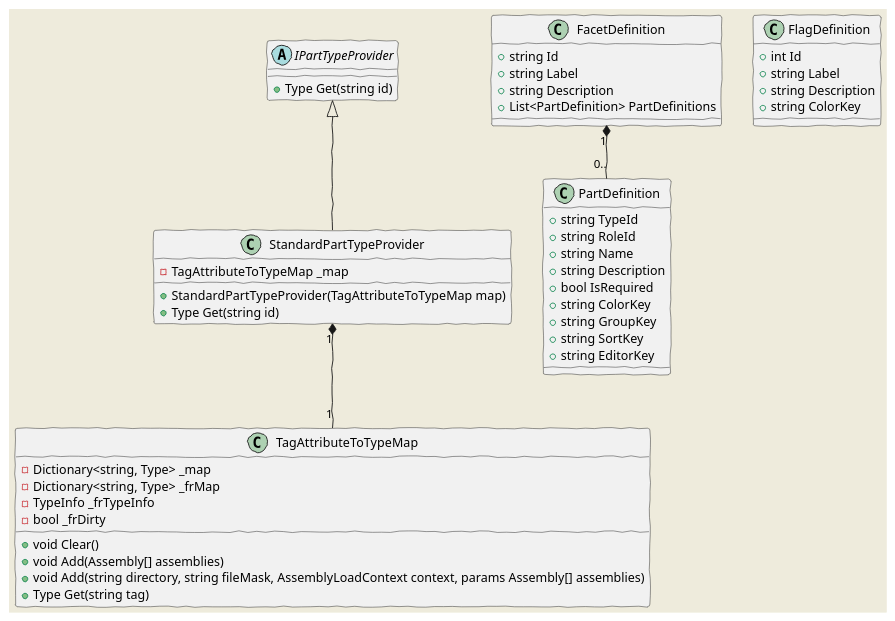
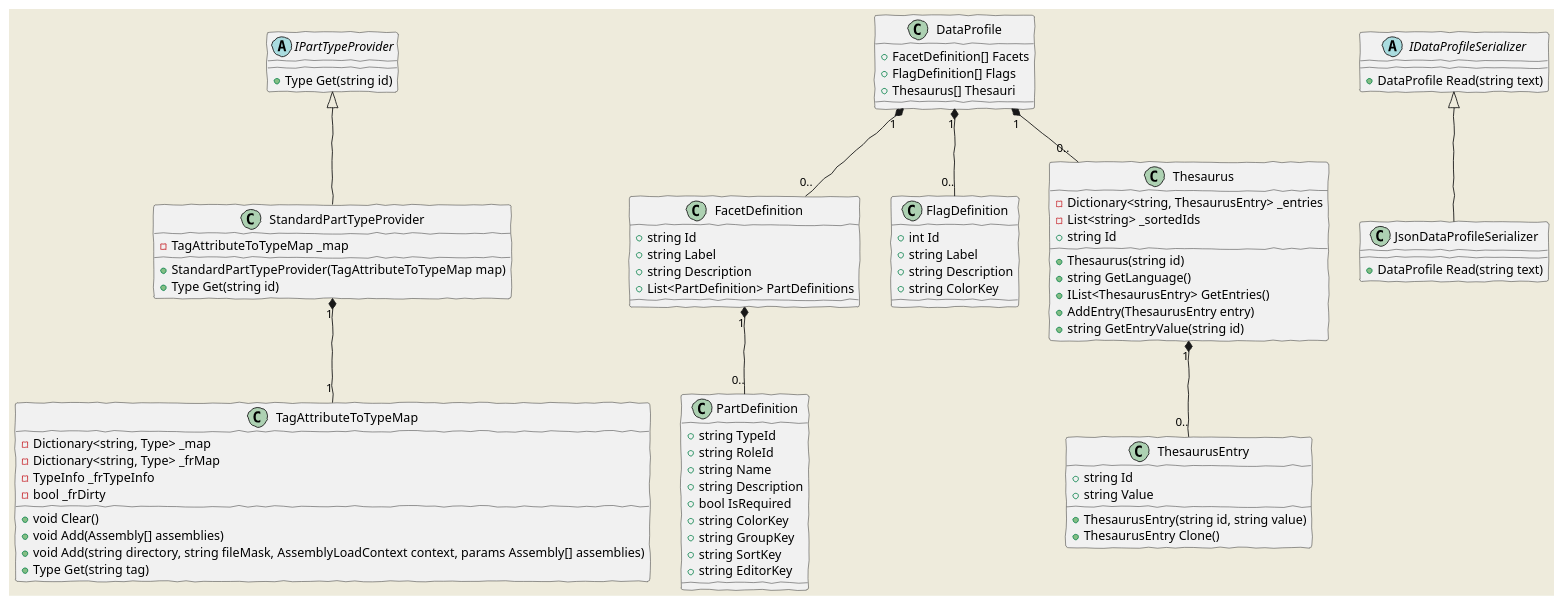
The third of 4 diagrams in Doc/core.md (vedph/cadmus_core), drawn with PlantUML before and after one commit. The commit also changed other lines of this file, not shown here.

````diff
--- a/Doc/core.md
+++ b/Doc/core.md
@@ -302,45 +302,73 @@
 ```plantuml
 @startuml
     skinparam backgroundColor #EEEBDC
     skinparam handwritten true
 
     abstract class IPartTypeProvider
     IPartTypeProvider : +Type Get(string id)
 
     TagAttributeToTypeMap : -Dictionary<string, Type> _map
     TagAttributeToTypeMap : -Dictionary<string, Type> _frMap
     TagAttributeToTypeMap : -TypeInfo _frTypeInfo
     TagAttributeToTypeMap : -bool _frDirty
     TagAttributeToTypeMap : +void Clear()
     TagAttributeToTypeMap : +void Add(Assembly[] assemblies)
     TagAttributeToTypeMap : +void Add(string directory, string fileMask, AssemblyLoadContext context, params Assembly[] assemblies)
     TagAttributeToTypeMap : +Type Get(string tag)
 
     IPartTypeProvider <|-- StandardPartTypeProvider
     StandardPartTypeProvider "1"*--"1" TagAttributeToTypeMap
     StandardPartTypeProvider : -TagAttributeToTypeMap _map
     StandardPartTypeProvider : +StandardPartTypeProvider(TagAttributeToTypeMap map)
     StandardPartTypeProvider : +Type Get(string id)
 
     PartDefinition : +string TypeId
     PartDefinition : +string RoleId
     PartDefinition : +string Name
     PartDefinition : +string Description
     PartDefinition : +bool IsRequired
     PartDefinition : +string ColorKey
     PartDefinition : +string GroupKey
     PartDefinition : +string SortKey
     PartDefinition : +string EditorKey
 
     FacetDefinition : +string Id
     FacetDefinition : +string Label
     FacetDefinition : +string Description
     FacetDefinition : +List<PartDefinition> PartDefinitions
     FacetDefinition "1"*--"0.." PartDefinition
 
     FlagDefinition : +int Id
     FlagDefinition : +string Label
     FlagDefinition : +string Description
     FlagDefinition : +string ColorKey
+
+    ThesaurusEntry : +string Id
+    ThesaurusEntry : +string Value
+    ThesaurusEntry : +ThesaurusEntry(string id, string value)
+    ThesaurusEntry : +ThesaurusEntry Clone()
+
+    Thesaurus : -Dictionary<string, ThesaurusEntry> _entries
+    Thesaurus : -List<string> _sortedIds
+    Thesaurus : +string Id
+    Thesaurus : +Thesaurus(string id)
+    Thesaurus : +string GetLanguage()
+    Thesaurus : +IList<ThesaurusEntry> GetEntries()
+    Thesaurus : +AddEntry(ThesaurusEntry entry)
+    Thesaurus : +string GetEntryValue(string id)
+    Thesaurus "1"*--"0.." ThesaurusEntry
+
+    DataProfile : +FacetDefinition[] Facets
+    DataProfile : +FlagDefinition[] Flags
+    DataProfile : +Thesaurus[] Thesauri
+    DataProfile "1"*--"0.." FacetDefinition
+    DataProfile "1"*--"0.." FlagDefinition
+    DataProfile "1"*--"0.." Thesaurus
+
+    abstract class IDataProfileSerializer
+    IDataProfileSerializer : +DataProfile Read(string text)
+
+    IDataProfileSerializer <|-- JsonDataProfileSerializer
+    JsonDataProfileSerializer : +DataProfile Read(string text)
 @enduml
 ```
````
